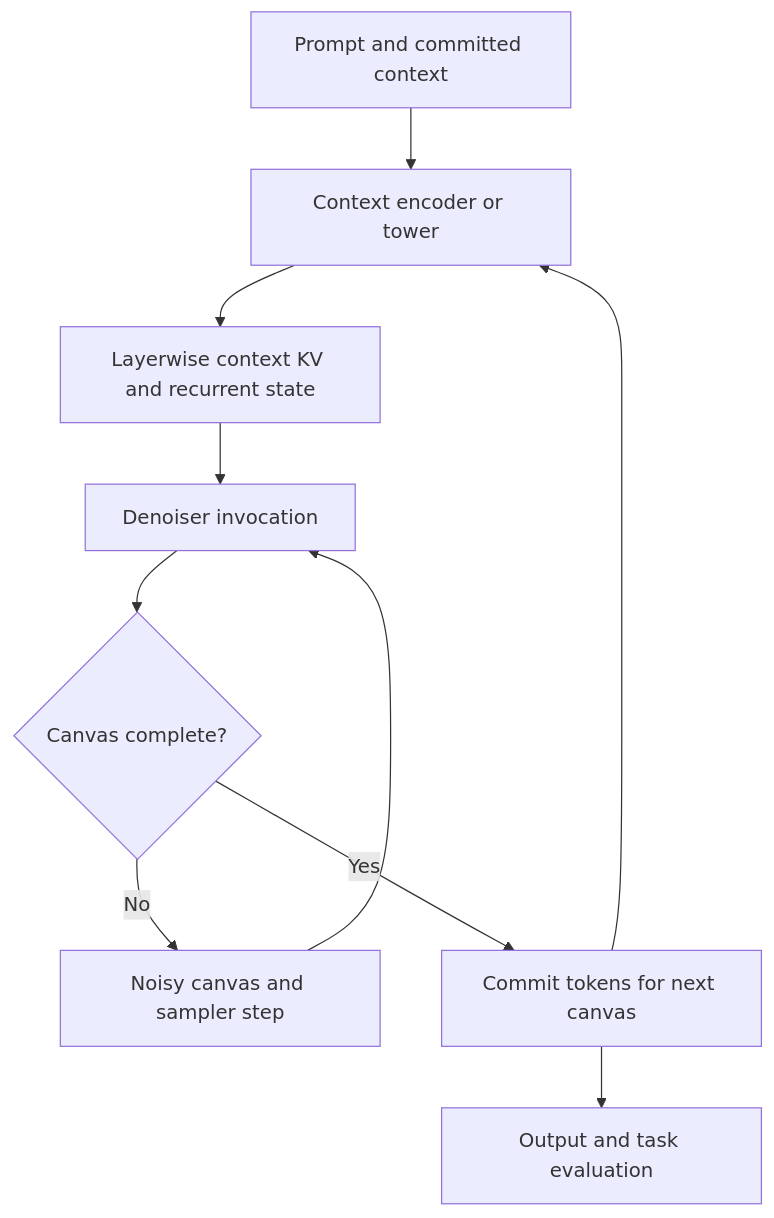
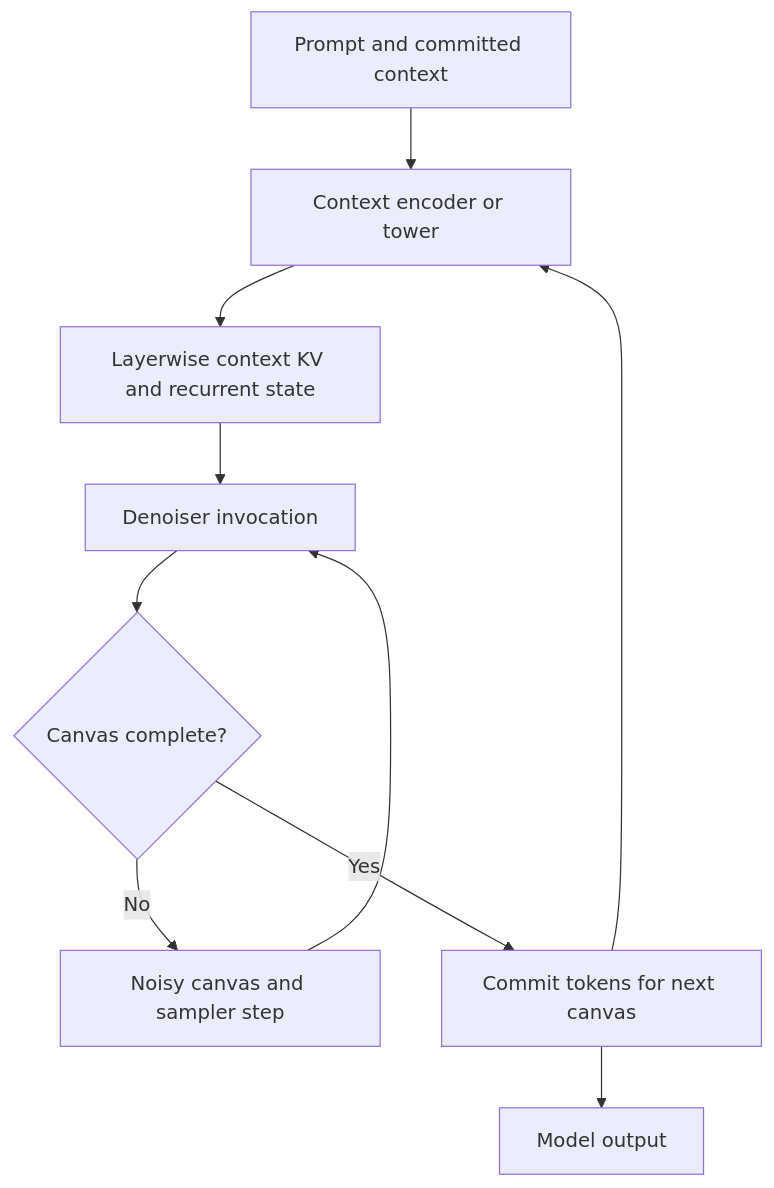
One commit to ModelCloud/GPTQModel changed the diagram in docs/quantization-architecture-2026.md. Above: the diagram before and after it, drawn with Mermaid. The commit also changed other lines of this file and 6 other files, not shown here.

````diff
--- a/docs/quantization-architecture-2026.md
+++ b/docs/quantization-architecture-2026.md
@@ -155,12 +155,12 @@
 ```mermaid
 flowchart TD
     P[Prompt and committed context] --> E[Context encoder or tower]
     E --> S[Layerwise context KV and recurrent state]
     N[Noisy canvas and sampler step] --> D[Denoiser invocation]
     S --> D
     D --> R{Canvas complete?}
     R -->|No| N
     R -->|Yes| C[Commit tokens for next canvas]
     C --> E
-    C --> O[Output and task evaluation]
+    C --> O[Model output]
 ```
````
